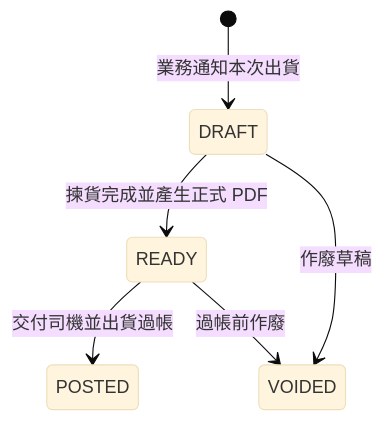
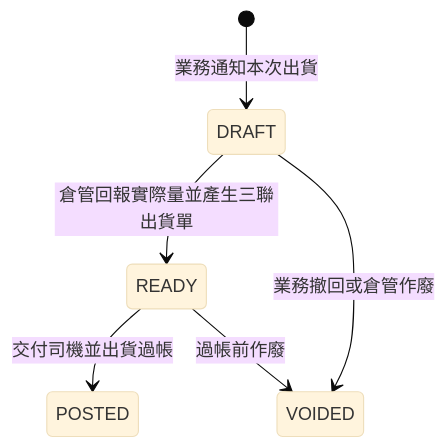
The sixth of 9 diagrams in docs/11-state-transitions-and-operations.md (fizz123123/smart-distribution-ops), drawn with Mermaid (base theme) before and after one commit. The commit also changed other lines of this file and 7 other files, not shown here.

````diff
--- a/docs/11-state-transitions-and-operations.md
+++ b/docs/11-state-transitions-and-operations.md
@@ -231,8 +232,8 @@
 ```mermaid
 stateDiagram-v2
     [*] --> DRAFT: 業務通知本次出貨
-    DRAFT --> READY: 揀貨完成並產生正式 PDF
-    DRAFT --> VOIDED: 作廢草稿
+    DRAFT --> READY: 倉管回報實際量並產生三聯出貨單
+    DRAFT --> VOIDED: 業務撤回或倉管作廢
     READY --> POSTED: 交付司機並出貨過帳
     READY --> VOIDED: 過帳前作廢
 ```
````
